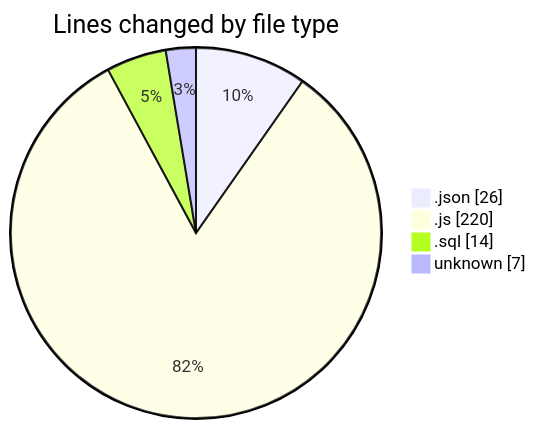
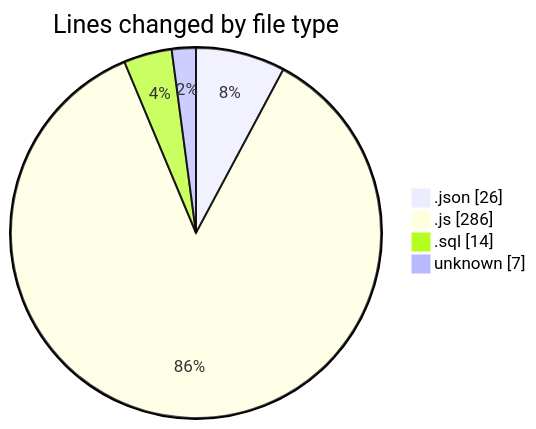
The first of 2 diagrams in 2025-09-10/cashcalc/README.md (nxtqubesakshisongat/code-tracking), drawn with Mermaid before and after one commit. The commit also changed other lines of this file and 1 other file, not shown here.

````diff
--- a/2025-09-10/cashcalc/README.md
+++ b/2025-09-10/cashcalc/README.md
@@ -28,8 +29,8 @@
 ```mermaid
 pie showData
 title Lines changed by file type
 ".json" : 26
-".js" : 220
+".js" : 286
 ".sql" : 14
 "unknown" : 7
 ```
````
